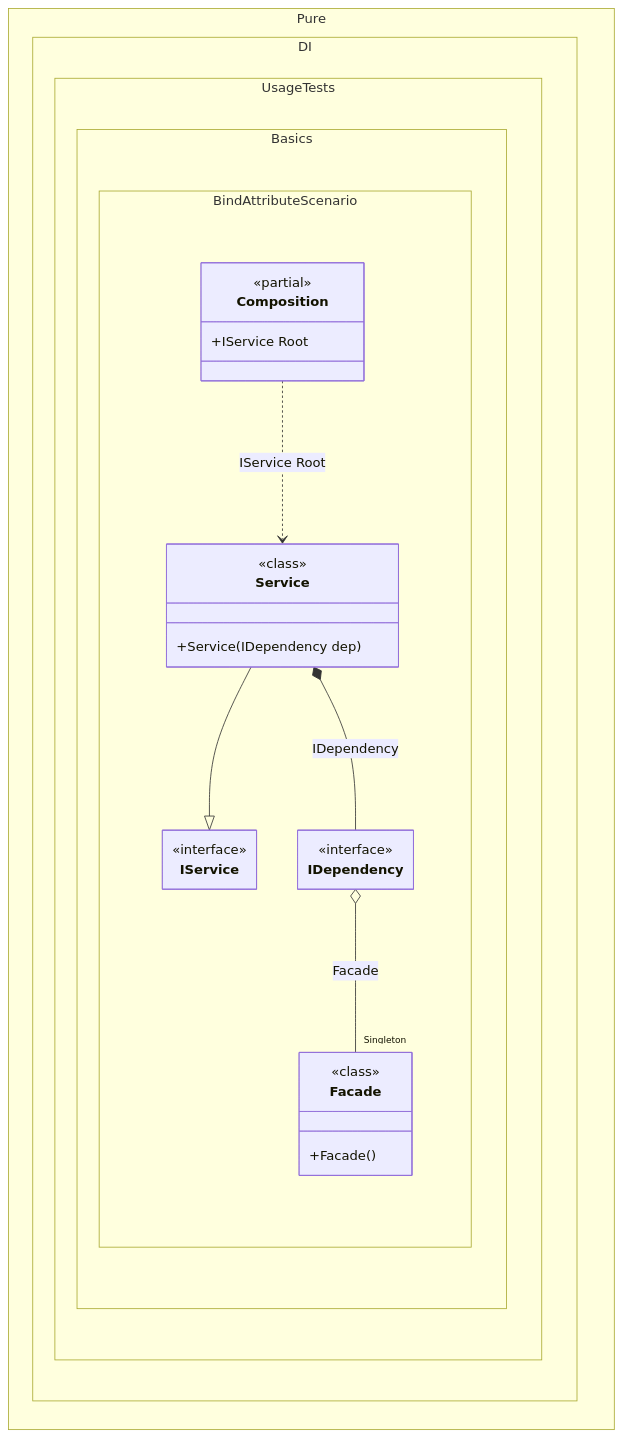
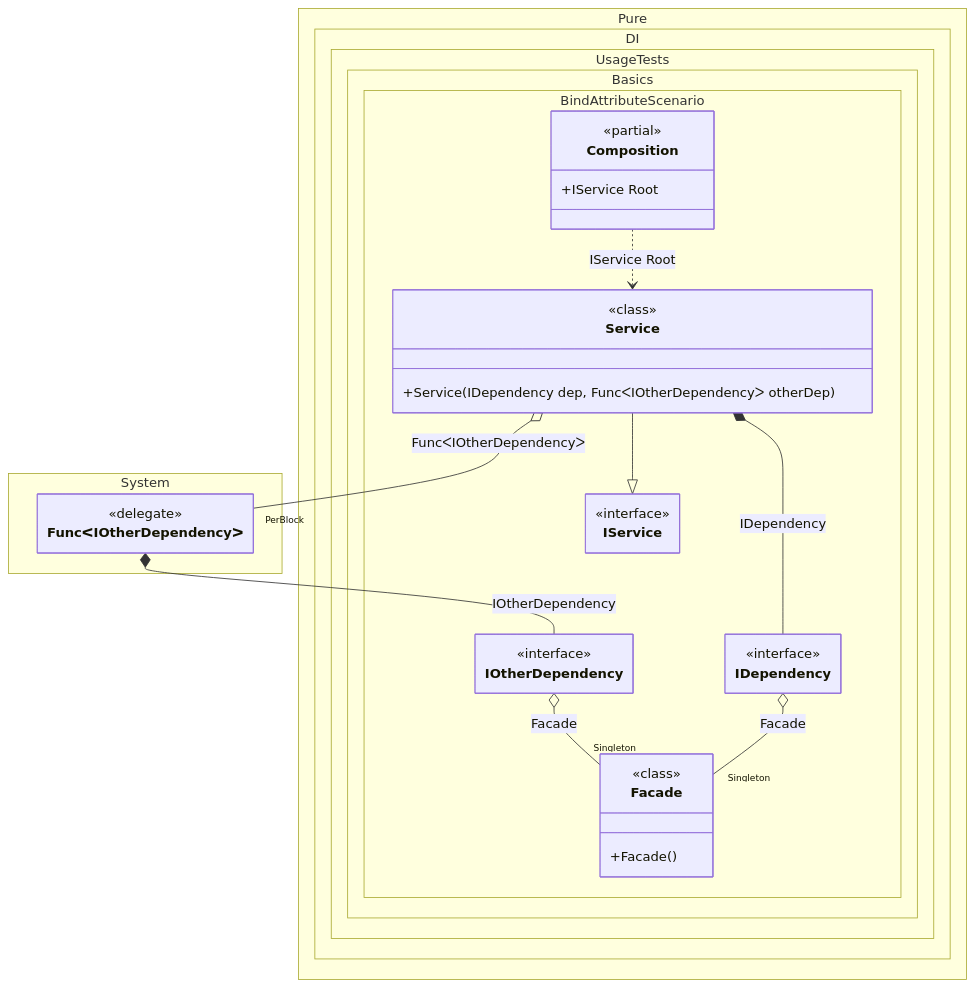
Before and after one commit to DevTeam/Pure.DI: the diagram in readme/bind-attribute.md, drawn with Mermaid. The commit also changed other lines of this file and 200 other files, not shown here.

````diff
--- a/readme/bind-attribute.md
+++ b/readme/bind-attribute.md
@@ -130,34 +162,45 @@
 ```mermaid
 ---
  config:
   maxTextSize: 2147483647
   maxEdges: 2147483647
   class:
    hideEmptyMembersBox: true
 ---
 classDiagram
 	Service --|> IService
 	Composition ..> Service : IService Root
+	Service *--  IDependency : IDependency
+	Service o-- "PerBlock" FuncᐸIOtherDependencyᐳ : FuncᐸIOtherDependencyᐳ
+	IOtherDependency o-- "Singleton" Facade : Facade
 	IDependency o-- "Singleton" Facade : Facade
-	Service *--  IDependency : IDependency
+	FuncᐸIOtherDependencyᐳ *--  IOtherDependency : IOtherDependency
 	namespace Pure.DI.UsageTests.Basics.BindAttributeScenario {
 		class Composition {
 		<<partial>>
 		+IService Root
 		}
 		class Facade {
 				<<class>>
 			+Facade()
 		}
 		class IDependency {
 				<<interface>>
 		}
+		class IOtherDependency {
+				<<interface>>
+		}
 		class IService {
 			<<interface>>
 		}
 		class Service {
 				<<class>>
-			+Service(IDependency dep)
+			+Service(IDependency dep, FuncᐸIOtherDependencyᐳ otherDep)
+		}
+	}
+	namespace System {
+		class FuncᐸIOtherDependencyᐳ {
+				<<delegate>>
 		}
 	}
 ```
````
